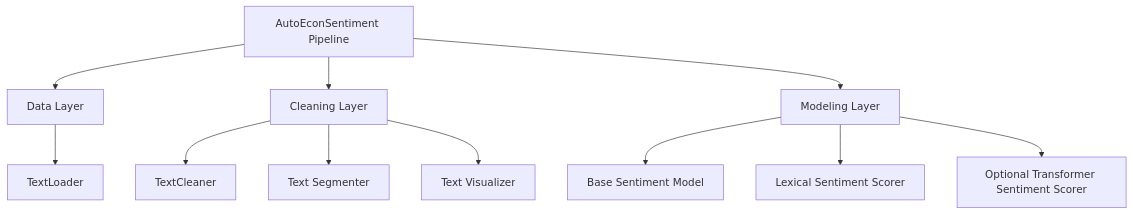
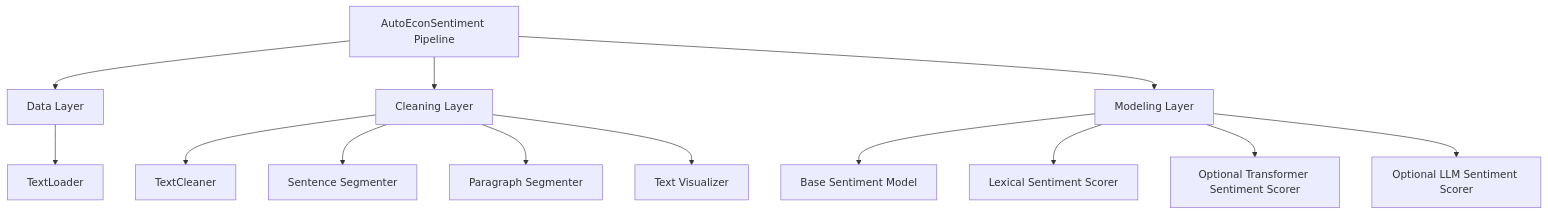
The second of 2 diagrams in docs/architecture.md (corybaird/auto-econ-sentiment), drawn with Mermaid before and after one commit. The commit also changed other lines of this file, not shown here.

First line of the commit message:
DOCS bring architecture.md up to date for v1.0.0

````diff
--- a/docs/architecture.md
+++ b/docs/architecture.md
@@ -33,16 +36,18 @@
 ```mermaid
 graph TD
     Pipeline[AutoEconSentiment Pipeline] --> DataLayer[Data Layer]
     Pipeline --> CleanLayer[Cleaning Layer]
     Pipeline --> ModelLayer[Modeling Layer]
 
     DataLayer --> TextLoader
     
     CleanLayer --> TextCleaner
-    CleanLayer --> TextSegmenter[Text Segmenter]
+    CleanLayer --> TextSegmenter[Sentence Segmenter]
+    CleanLayer --> ParagraphSegmenter[Paragraph Segmenter]
     CleanLayer --> TextViz[Text Visualizer]
 
     ModelLayer --> SentimentBase[Base Sentiment Model]
     ModelLayer --> SentimentLexical[Lexical Sentiment Scorer]
     ModelLayer --> SentimentTransformers[Optional Transformer Sentiment Scorer]
+    ModelLayer --> SentimentLLM[Optional LLM Sentiment Scorer]
 ```
````
